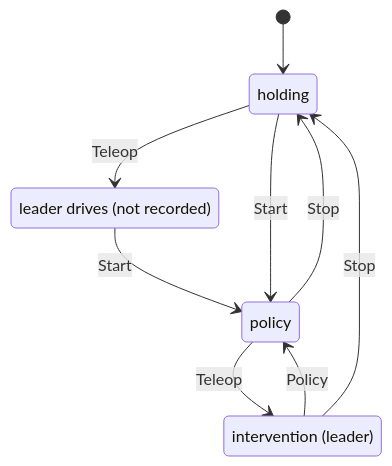
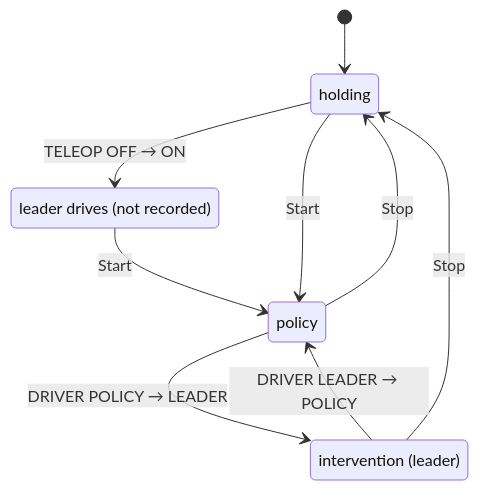
One commit to tetsugo02/roboloom changed the diagram in docs/en/tutorials/rakuda2/intervention.md. Above: the diagram before and after it, drawn with Mermaid. The commit also changed other lines of this file and 24 other files, not shown here.

````diff
--- a/docs/en/tutorials/rakuda2/intervention.md
+++ b/docs/en/tutorials/rakuda2/intervention.md
@@ -13,15 +13,15 @@
 ```mermaid
 stateDiagram-v2
   state "holding" as hold
   state "leader drives (not recorded)" as pre
   state "policy" as policy
   state "intervention (leader)" as takeover
   [*] --> hold
-  hold --> pre: Teleop
+  hold --> pre: TELEOP OFF → ON
   pre --> policy: Start
   hold --> policy: Start
-  policy --> takeover: Teleop
-  takeover --> policy: Policy
+  policy --> takeover: DRIVER POLICY → LEADER
+  takeover --> policy: DRIVER LEADER → POLICY
   policy --> hold: Stop
   takeover --> hold: Stop
 ```
````
